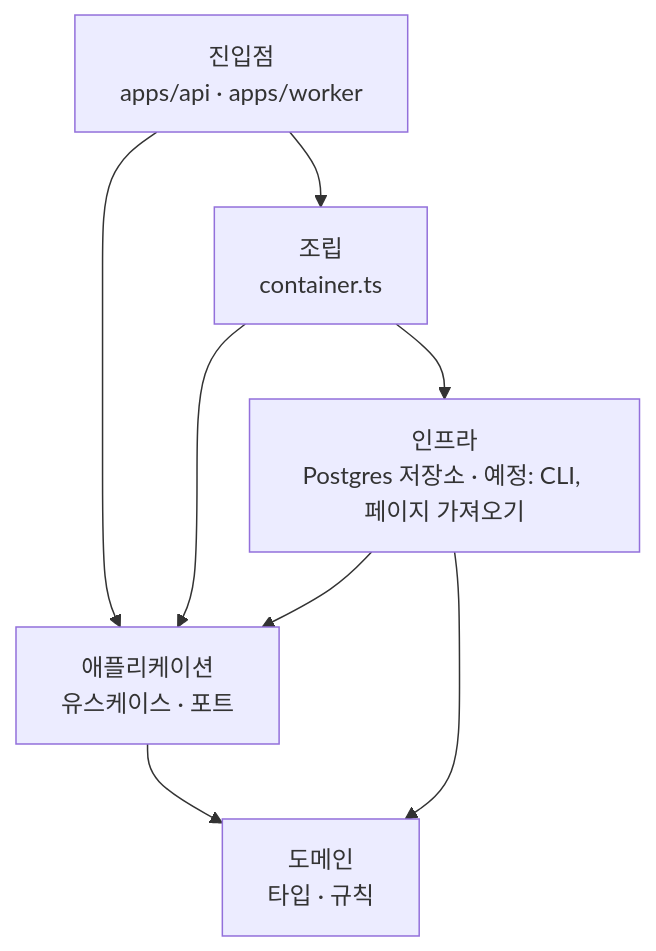
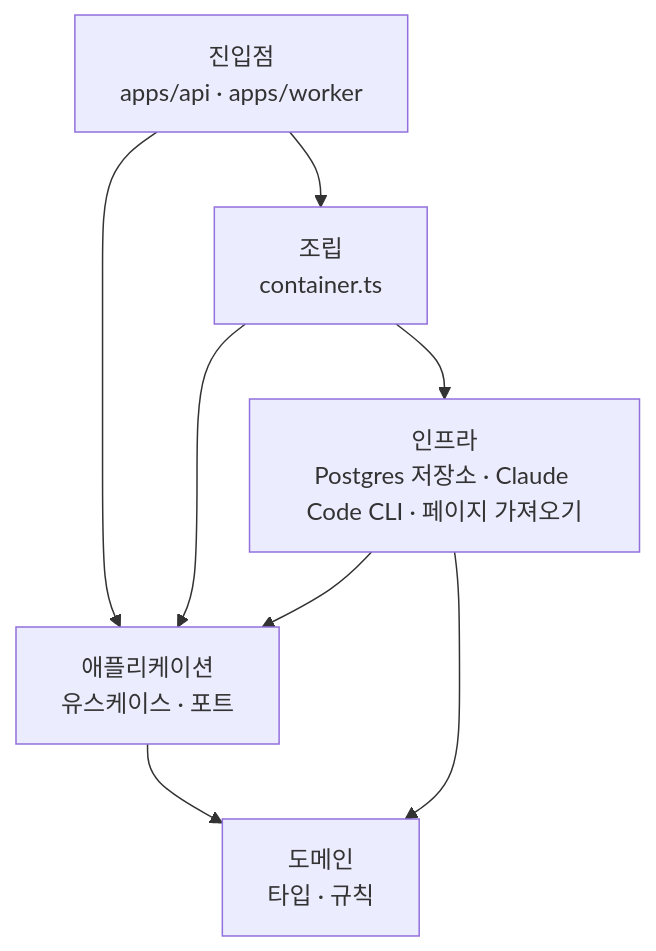
One commit to Changsik00/inkle changed the second of 6 diagrams in docs/architecture.md. Above: the diagram before and after it, drawn with Mermaid. The commit also changed other lines of this file and 43 other files, not shown here.

````diff
--- a/docs/architecture.md
+++ b/docs/architecture.md
@@ -116,10 +116,10 @@
 ```mermaid
 flowchart TB
     E[진입점<br/>apps/api · apps/worker] --> S[조립<br/>container.ts]
     E --> A[애플리케이션<br/>유스케이스 · 포트]
-    S --> I[인프라<br/>Postgres 저장소 · 예정: CLI, 페이지 가져오기]
+    S --> I[인프라<br/>Postgres 저장소 · Claude Code CLI · 페이지 가져오기]
     S --> A
     I --> A
     A --> D[도메인<br/>타입 · 규칙]
     I --> D
 ```
````
